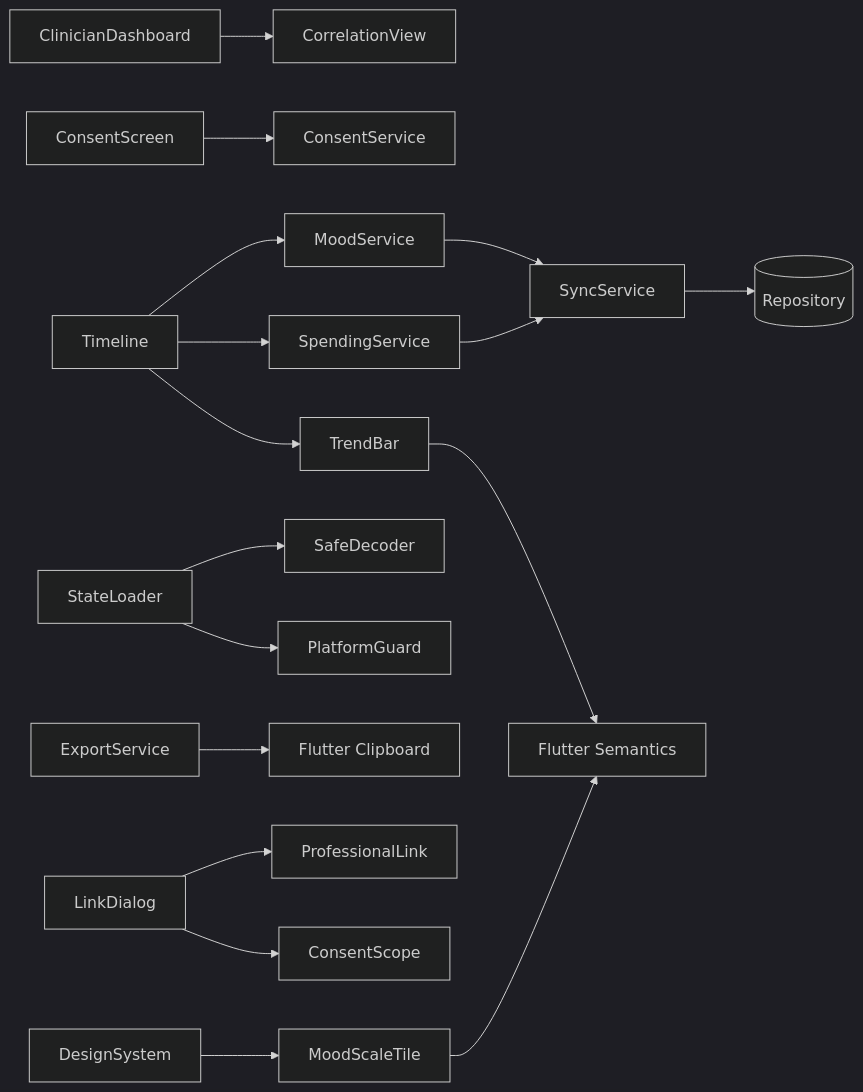
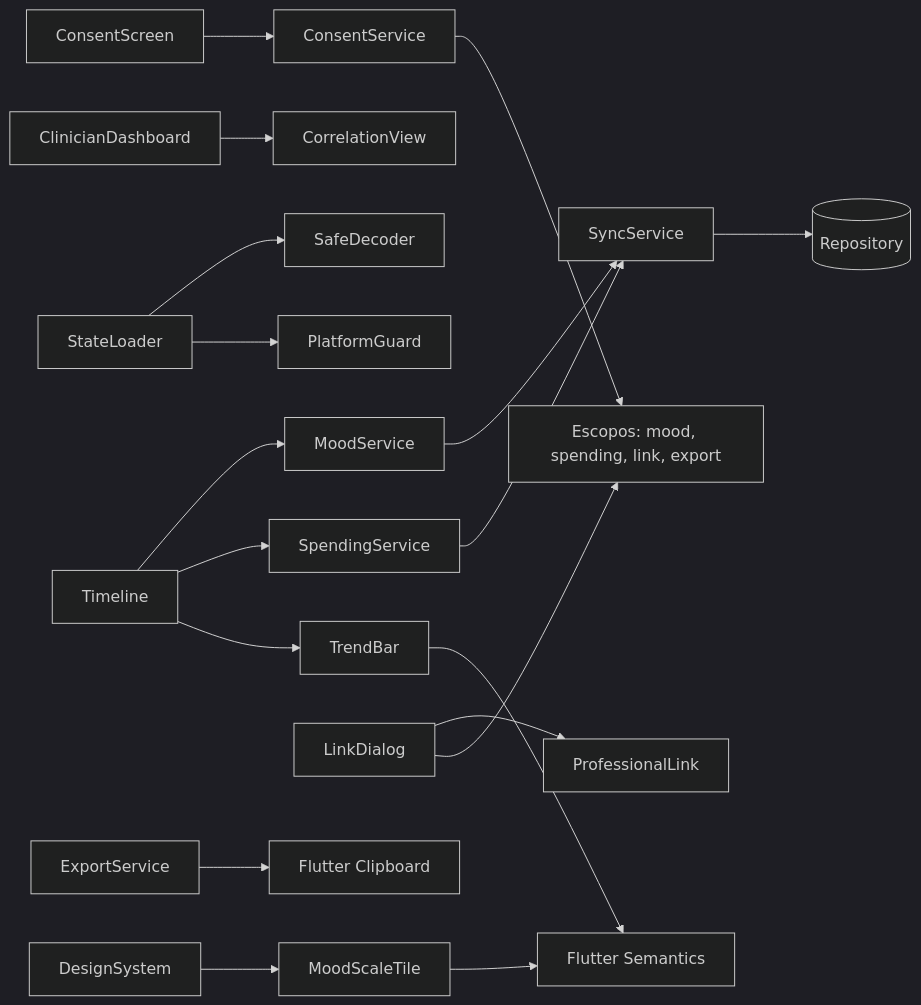
The diagram in docs/diagrams/c4/component.md (AloisioMagalhaes/bipolar-mood-spending-tracker), drawn with Mermaid (dark theme) before and after one commit. The commit also changed 3 other files, not shown here.

````diff
--- a/docs/diagrams/c4/component.md
+++ b/docs/diagrams/c4/component.md
@@ -3,19 +3,20 @@
 ```mermaid
 flowchart LR
   Timeline --> MoodService
   Timeline --> SpendingService
   ClinicianDashboard --> CorrelationView
   ConsentScreen --> ConsentService
+  ConsentService --> ConsentScope[Escopos: mood, spending, link, export]
   MoodService --> SyncService
   SpendingService --> SyncService
   SyncService --> Repository[(Repository)]
   StateLoader --> SafeDecoder
   StateLoader --> PlatformGuard
   ExportService --> Clipboard[Flutter Clipboard]
   LinkDialog --> ProfessionalLink
   LinkDialog --> ConsentScope
   Timeline --> TrendBar
   TrendBar --> Semantics[Flutter Semantics]
   DesignSystem --> MoodScaleTile
   MoodScaleTile --> Semantics[Flutter Semantics]
 ```
````
